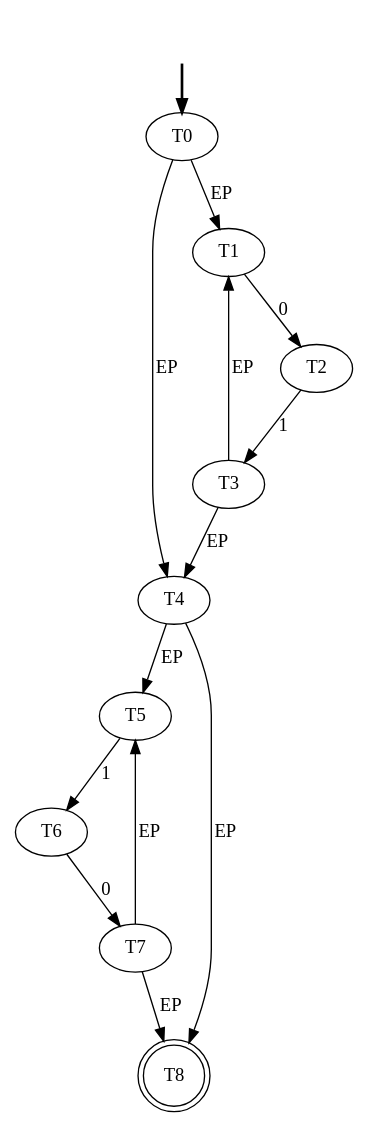
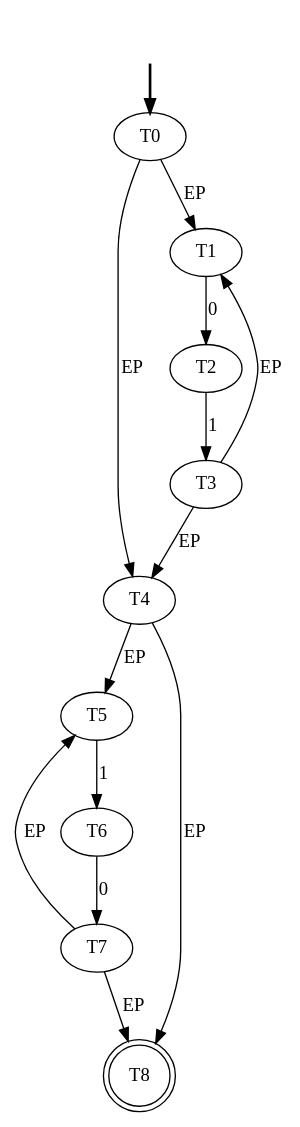
Before and after one commit to LuisDiego19FV/Proyecto_Compiladores: the diagram in Lexer/output/(01)^(10)^/(01)^(10)^_nfa_1.dot, drawn with Graphviz. The commit also changed other lines of this file and 113 other files, not shown here.

```diff
--- a/Lexer/output/(01)^(10)^/(01)^(10)^_nfa_1.dot
+++ b/Lexer/output/(01)^(10)^/(01)^(10)^_nfa_1.dot
@@ -1,25 +1,25 @@
 digraph {
 	fake0 [style=invisible]
+	T7
 	T4
+	T5
+	T0 [root=true]
 	T2
-	T0 [root=true]
-	T3
-	T5
 	T1
 	T8 [shape=doublecircle]
-	T7
 	T6
+	T3
 	fake0 -> T0 [style=bold]
 	T0 -> T1 [label=EP]
 	T0 -> T4 [label=EP]
 	T1 -> T2 [label=0]
 	T2 -> T3 [label=1]
 	T3 -> T1 [label=EP]
 	T3 -> T4 [label=EP]
+	T4 -> T5 [label=EP]
 	T4 -> T8 [label=EP]
-	T4 -> T5 [label=EP]
 	T5 -> T6 [label=1]
 	T6 -> T7 [label=0]
+	T7 -> T5 [label=EP]
 	T7 -> T8 [label=EP]
-	T7 -> T5 [label=EP]
 }
```
